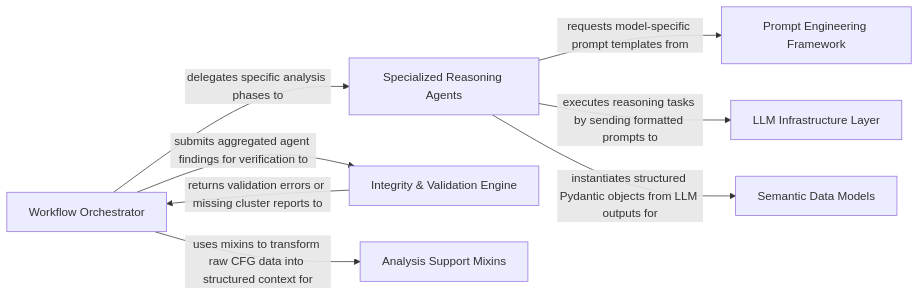
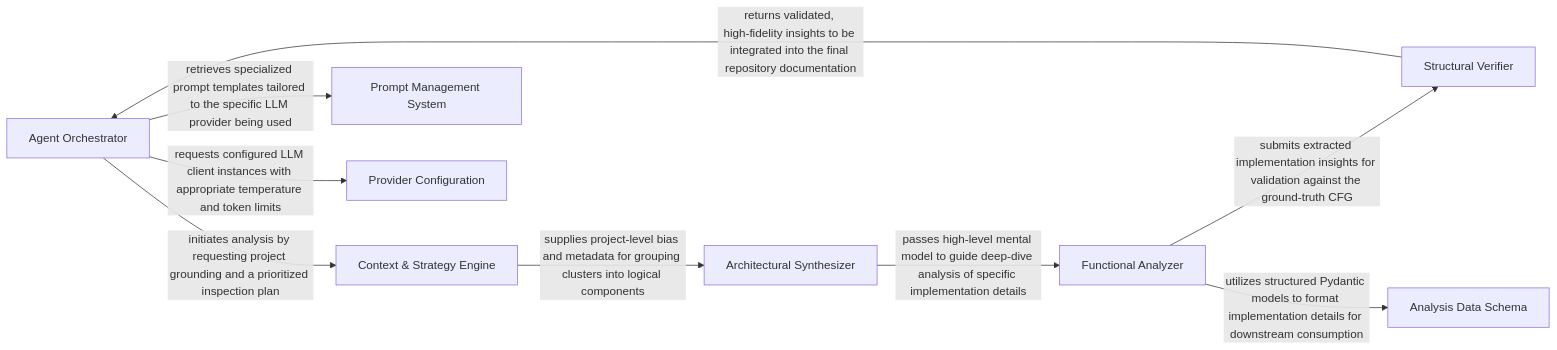
One commit to CodeBoarding/CodeBoarding changed the diagram in .codeboarding/LLM_Agent_Core.md. Above: the diagram before and after it, drawn with Mermaid. The commit also changed other lines of this file and 5 other files, not shown here.

````diff
--- a/.codeboarding/LLM_Agent_Core.md
+++ b/.codeboarding/LLM_Agent_Core.md
@@ -1,17 +1,19 @@
 ```mermaid
 graph LR
-    Workflow_Orchestrator["Workflow Orchestrator"]
-    Specialized_Reasoning_Agents["Specialized Reasoning Agents"]
-    Prompt_Engineering_Framework["Prompt Engineering Framework"]
-    Integrity_Validation_Engine["Integrity & Validation Engine"]
-    Semantic_Data_Models["Semantic Data Models"]
-    Analysis_Support_Mixins["Analysis Support Mixins"]
-    LLM_Infrastructure_Layer["LLM Infrastructure Layer"]
-    Workflow_Orchestrator -- "delegates specific analysis phases to" --> Specialized_Reasoning_Agents
-    Specialized_Reasoning_Agents -- "requests model-specific prompt templates from" --> Prompt_Engineering_Framework
-    Specialized_Reasoning_Agents -- "executes reasoning tasks by sending formatted prompts to" --> LLM_Infrastructure_Layer
-    Workflow_Orchestrator -- "uses mixins to transform raw CFG data into structured context for" --> Analysis_Support_Mixins
-    Workflow_Orchestrator -- "submits aggregated agent findings for verification to" --> Integrity_Validation_Engine
-    Integrity_Validation_Engine -- "returns validation errors or missing cluster reports to" --> Workflow_Orchestrator
-    Specialized_Reasoning_Agents -- "instantiates structured Pydantic objects from LLM outputs for" --> Semantic_Data_Models
+    Agent_Orchestrator["Agent Orchestrator"]
+    Context_Strategy_Engine["Context & Strategy Engine"]
+    Architectural_Synthesizer["Architectural Synthesizer"]
+    Functional_Analyzer["Functional Analyzer"]
+    Structural_Verifier["Structural Verifier"]
+    Prompt_Management_System["Prompt Management System"]
+    Provider_Configuration["Provider Configuration"]
+    Analysis_Data_Schema["Analysis Data Schema"]
+    Agent_Orchestrator -- "initiates analysis by requesting project grounding and a prioritized inspection plan" --> Context_Strategy_Engine
+    Context_Strategy_Engine -- "supplies project‑level bias and metadata for grouping clusters into logical components" --> Architectural_Synthesizer
+    Architectural_Synthesizer -- "passes high‑level mental model to guide deep‑dive analysis of specific implementation details" --> Functional_Analyzer
+    Functional_Analyzer -- "submits extracted implementation insights for validation against the ground‑truth CFG" --> Structural_Verifier
+    Structural_Verifier -- "returns validated, high‑fidelity insights to be integrated into the final repository documentation" --> Agent_Orchestrator
+    Agent_Orchestrator -- "retrieves specialized prompt templates tailored to the specific LLM provider being used" --> Prompt_Management_System
+    Agent_Orchestrator -- "requests configured LLM client instances with appropriate temperature and token limits" --> Provider_Configuration
+    Functional_Analyzer -- "utilizes structured Pydantic models to format implementation details for downstream consumption" --> Analysis_Data_Schema
 ```
````
